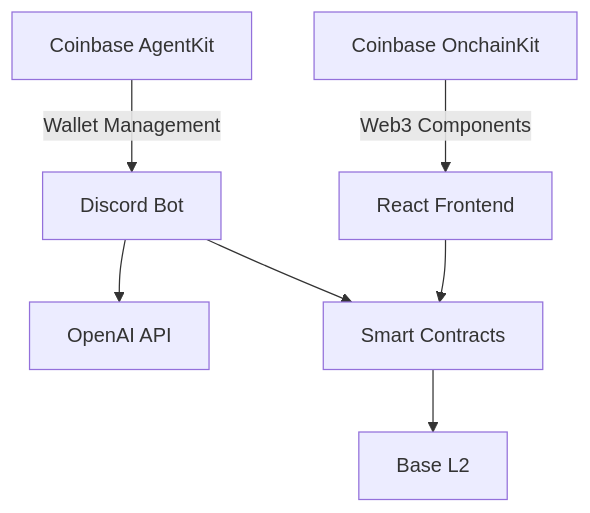
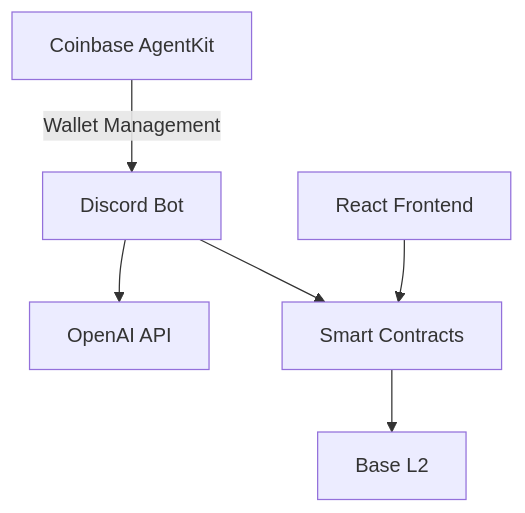
The diagram in README.md (nach-dakwale/ethglobal-trivia-tokens), drawn with Mermaid before and after one commit. The commit also changed other lines of this file and 19 other files, not shown here.

````diff
--- a/README.md
+++ b/README.md
@@ -39,9 +39,8 @@
 ```mermaid
 graph TD
     A[Discord Bot] --> B[OpenAI API]
     A --> C[Smart Contracts]
     D[React Frontend] --> C
     C --> E[Base L2]
     F[Coinbase AgentKit] -->|Wallet Management| A
-    G[Coinbase OnchainKit] -->|Web3 Components| D
 ```
````
